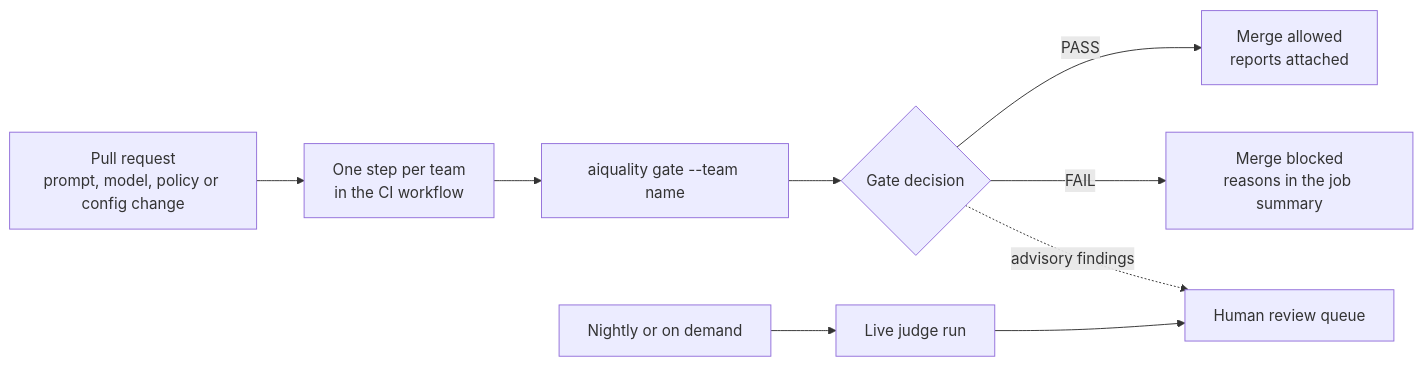
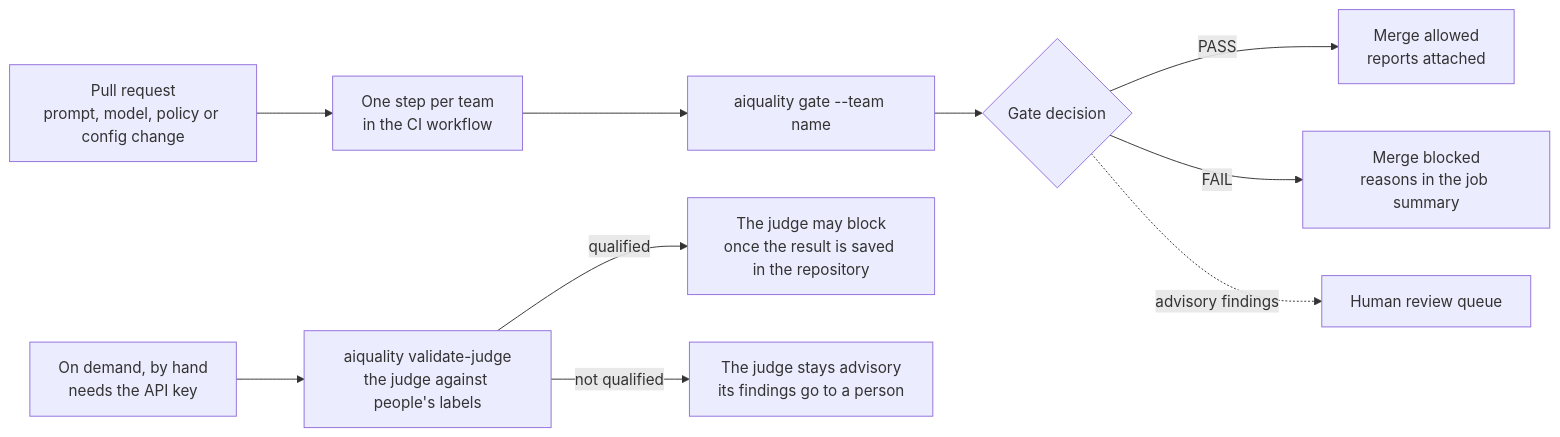
One commit to rahulsharma-qe/ai-quality-lab changed the fifth of 5 diagrams in docs/architecture.md. Above: the diagram before and after it, drawn with Mermaid. The commit also changed other lines of this file, not shown here.

Commit message:
High-level design: CI measures the judge on demand; the real second team in the gate sequence

````diff
--- a/docs/architecture.md
+++ b/docs/architecture.md
@@ -206,11 +206,12 @@
 ```mermaid
 flowchart LR
   A["Pull request<br/>prompt, model, policy or config change"] --> B["One step per team<br/>in the CI workflow"]
   B --> C["aiquality gate --team name"]
   C --> D{"Gate decision"}
   D -->|"PASS"| E["Merge allowed<br/>reports attached"]
   D -->|"FAIL"| F["Merge blocked<br/>reasons in the job summary"]
   D -.->|"advisory findings"| Q["Human review queue"]
-  G["Nightly or on demand"] --> H["Live judge run"]
-  H --> Q
+  G["On demand, by hand<br/>needs the API key"] --> H["aiquality validate-judge<br/>the judge against people's labels"]
+  H -->|"qualified"| J["The judge may block<br/>once the result is saved in the repository"]
+  H -->|"not qualified"| K["The judge stays advisory<br/>its findings go to a person"]
 ```
````
